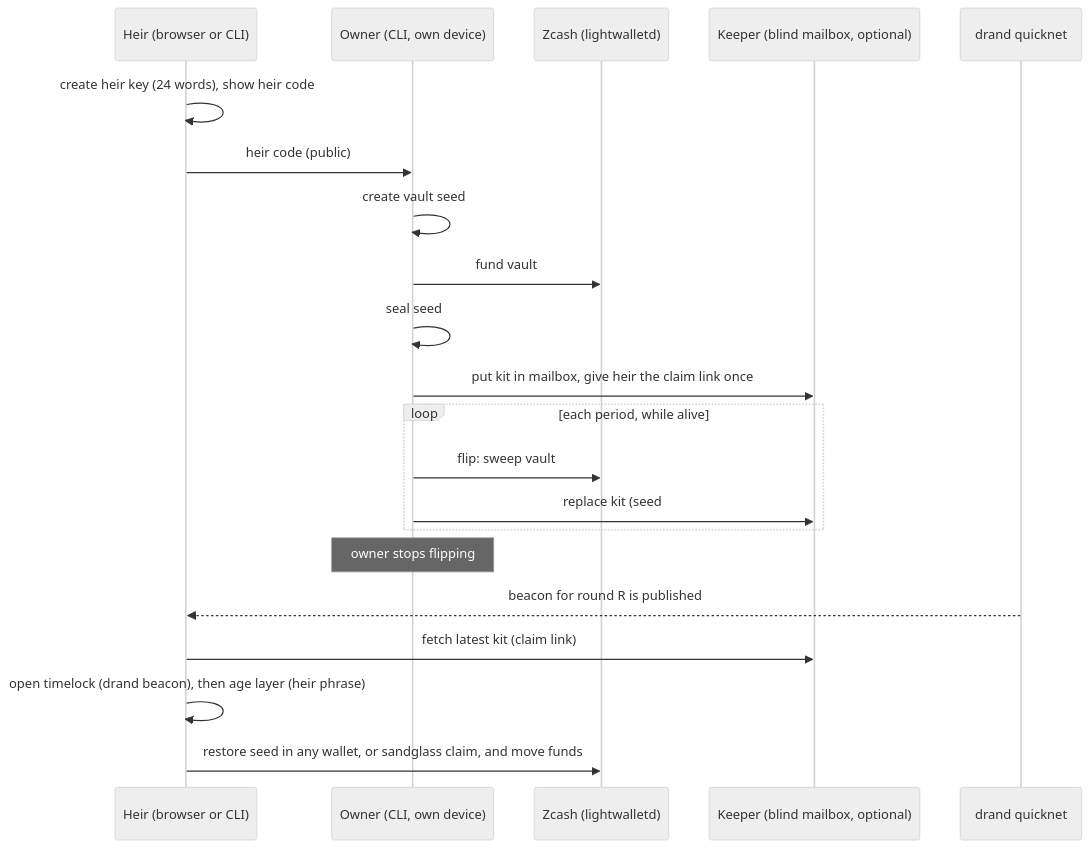
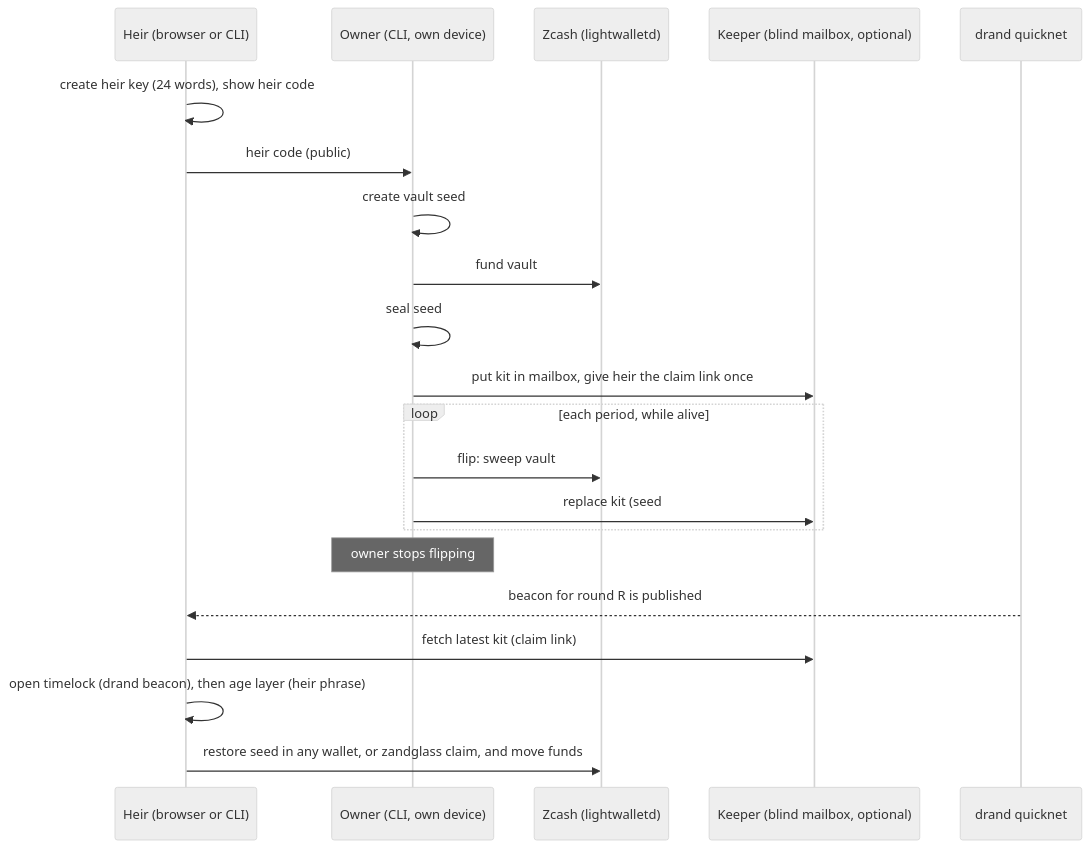
One commit to 0xBadSign/zandglass changed the diagram in README.md. Above: the diagram before and after it, drawn with Mermaid (neutral theme). The commit also changed other lines of this file and 125 other files, not shown here.

````diff
--- a/README.md
+++ b/README.md
@@ -22,23 +22,23 @@
 ```mermaid
 sequenceDiagram
     participant H as Heir (browser or CLI)
     participant O as Owner (CLI, own device)
     participant Z as Zcash (lightwalletd)
     participant K as Keeper (blind mailbox, optional)
     participant D as drand quicknet
     H->>H: create heir key (24 words), show heir code
     H->>O: heir code (public)
     O->>O: create vault seed #1 and plan (heir code, period)
     O->>Z: fund vault #1 (ZIP 321 request, any wallet)
     O->>O: seal seed #1 to the heir code, then to drand round R1
     O->>K: put kit in mailbox, give heir the claim link once
     loop each period, while alive
         O->>Z: flip: sweep vault #k to new vault #k+1 (ordinary tx)
         O->>K: replace kit (seed #k+1, round R(k+1))
     end
     Note over O: owner stops flipping
     D-->>H: beacon for round R is published
     H->>K: fetch latest kit (claim link)
     H->>H: open timelock (drand beacon), then age layer (heir phrase)
-    H->>Z: restore seed in any wallet, or sandglass claim, and move funds
+    H->>Z: restore seed in any wallet, or zandglass claim, and move funds
 ```
````
